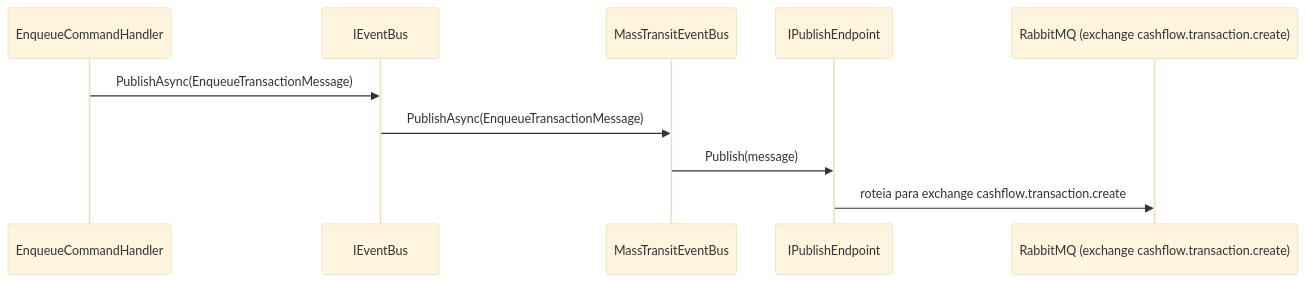
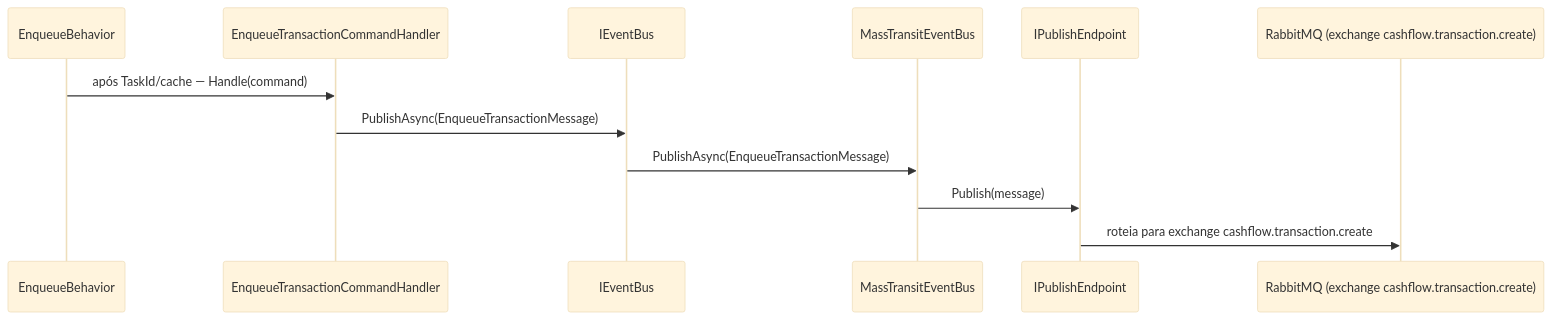
One commit to filipececcon/arch-challenge changed the second of 4 diagrams in docs/architecture/cashflow/layer-06-messaging.md. Above: the diagram before and after it, drawn with Mermaid (base theme). The commit also changed other lines of this file and 38 other files, not shown here.

First line of the commit message:
Refactor Cashflow architecture docs for account aggregate and unified outbox

````diff
--- a/docs/architecture/cashflow/layer-06-messaging.md
+++ b/docs/architecture/cashflow/layer-06-messaging.md
@@ -95,13 +96,15 @@
 ```mermaid
 sequenceDiagram
-    participant EnqueueCommandHandler
+    participant EB as EnqueueBehavior
+    participant EH as EnqueueTransactionCommandHandler
     participant IEventBus
     participant MassTransitEventBus
     participant IPublishEndpoint
     participant RabbitMQ as RabbitMQ (exchange cashflow.transaction.create)
 
-    EnqueueCommandHandler->>IEventBus: PublishAsync(EnqueueTransactionMessage)
+    EB->>EH: após TaskId/cache — Handle(command)
+    EH->>IEventBus: PublishAsync(EnqueueTransactionMessage)
     IEventBus->>MassTransitEventBus: PublishAsync(EnqueueTransactionMessage)
     MassTransitEventBus->>IPublishEndpoint: Publish(message)
     IPublishEndpoint->>RabbitMQ: roteia para exchange cashflow.transaction.create
 ```
````
